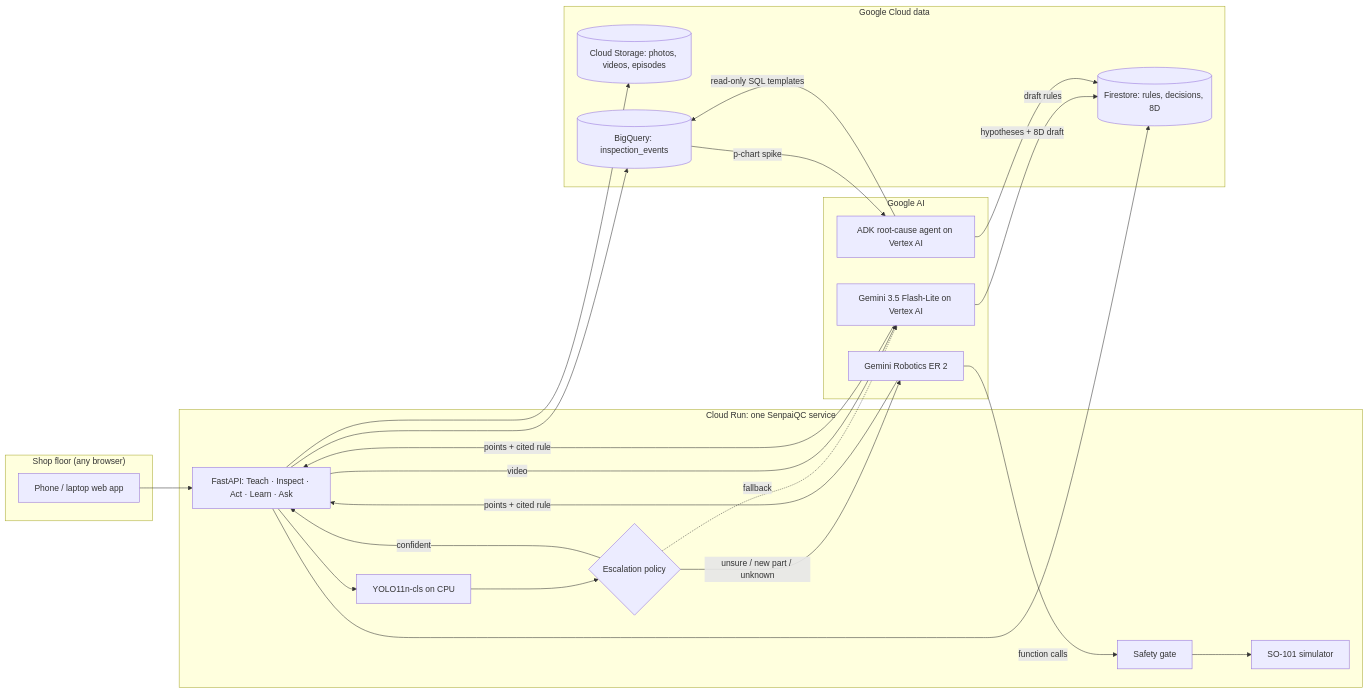
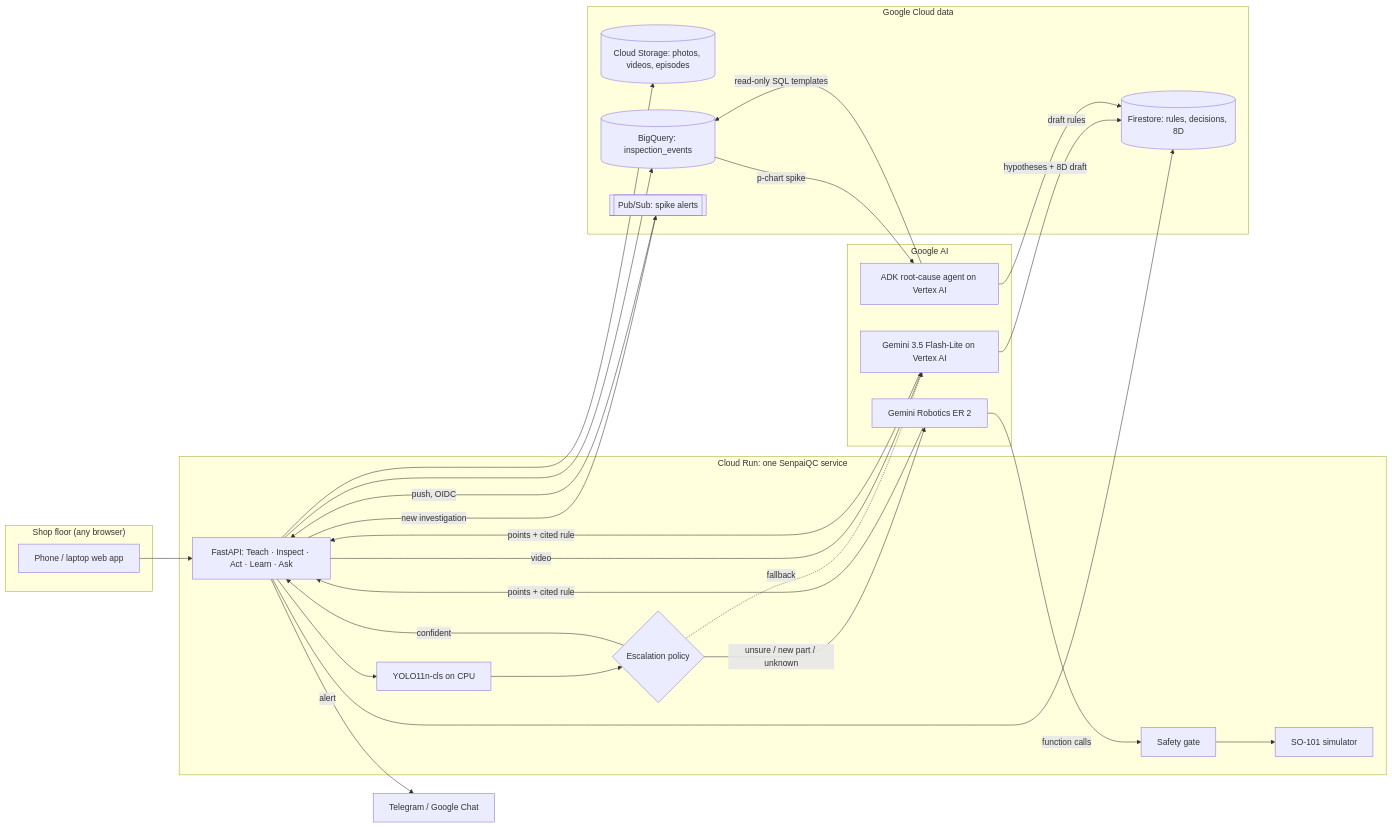
The diagram in README.md (keane13/SenpaiQC), drawn with Mermaid before and after one commit. The commit also changed other lines of this file and 36 other files, not shown here.

````diff
--- a/README.md
+++ b/README.md
@@ -62,36 +62,39 @@
 ```mermaid
 flowchart LR
   subgraph Floor["Shop floor (any browser)"]
     P[Phone / laptop web app]
   end
   subgraph CR["Cloud Run: one SenpaiQC service"]
     API[FastAPI: Teach · Inspect · Act · Learn · Ask]
     Y[YOLO11n-cls on CPU]
     POL{Escalation policy}
     G[Safety gate]
     SIM[SO-101 simulator]
   end
   subgraph AI["Google AI"]
     ER2[Gemini Robotics ER 2]
     FL[Gemini 3.5 Flash-Lite on Vertex AI]
     ADK[ADK root-cause agent on Vertex AI]
   end
   subgraph Data["Google Cloud data"]
     FS[(Firestore: rules, decisions, 8D)]
     GCS[(Cloud Storage: photos, videos, episodes)]
     BQ[(BigQuery: inspection_events)]
+    PS[[Pub/Sub: spike alerts]]
   end
+  TG[Telegram / Google Chat]
   P --> API
   API --> Y --> POL
   POL -- confident --> API
   POL -- unsure / new part / unknown --> ER2
   ER2 -- points + cited rule --> API
   POL -. fallback .-> FL
   FL -- points + cited rule --> API
   API -- video --> FL -- draft rules --> FS
   API --> FS & GCS & BQ
   BQ -- p-chart spike --> ADK
+  API -- new investigation --> PS -- push, OIDC --> API -- alert --> TG
   ADK -- read-only SQL templates --> BQ
   ADK -- hypotheses + 8D draft --> FS
   ER2 -- function calls --> G --> SIM
 ```
````
